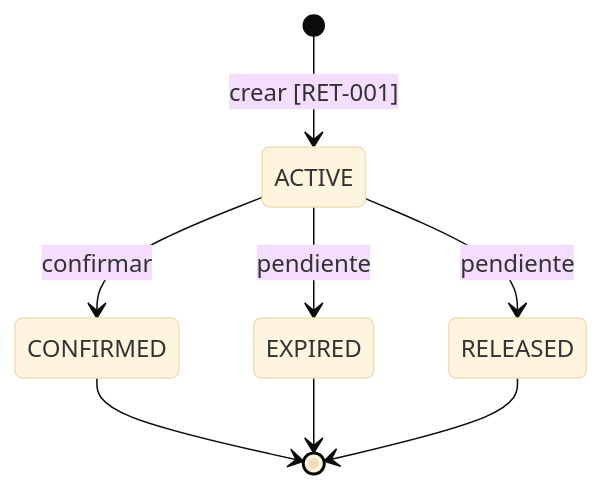
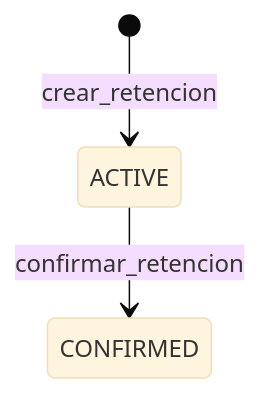
The diagram in docs/diagramas/estados_retencion.md (diegolobos2/starter-backend), drawn with Mermaid (base theme) before and after one commit. The commit also changed other lines of this file and 21 other files, not shown here.

````diff
--- a/docs/diagramas/estados_retencion.md
+++ b/docs/diagramas/estados_retencion.md
@@ -6,10 +10,5 @@
 ```mermaid
 stateDiagram-v2
-    [*] --> ACTIVE: crear [RET-001]
-    ACTIVE --> CONFIRMED: confirmar
-    ACTIVE --> EXPIRED: pendiente
-    ACTIVE --> RELEASED: pendiente
-    CONFIRMED --> [*]
-    EXPIRED --> [*]
-    RELEASED --> [*]
+    [*] --> ACTIVE: crear_retencion
+    ACTIVE --> CONFIRMED: confirmar_retencion
 ```
````
